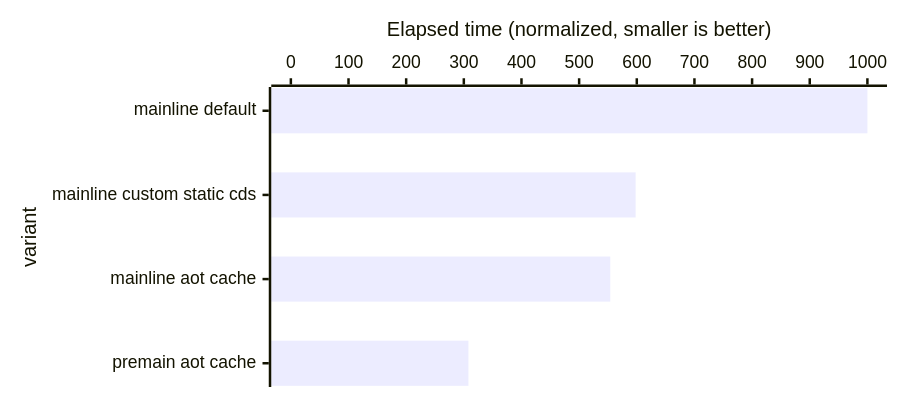
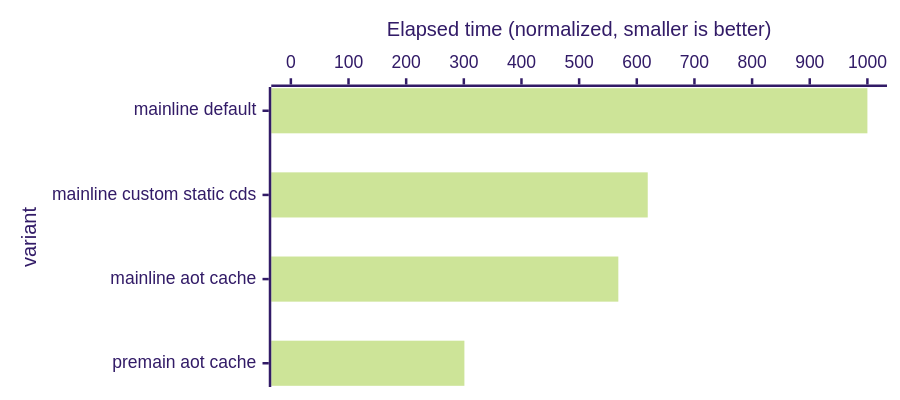
Before and after one commit to openjdk/leyden: the sixth of 6 diagrams in README.md, drawn with Mermaid. The commit also changed other lines of this file and 4 other files, not shown here.

````diff
--- a/README.md
+++ b/README.md
@@ -470,12 +475,13 @@
 ```mermaid
 ---
 config:
+    theme: "forest"
     xyChart:
         chartOrientation: horizontal
         height: 300
 ---
 xychart-beta
     x-axis "variant" ["mainline default", "mainline custom static cds", "mainline aot cache", "premain aot cache"]
     y-axis "Elapsed time (normalized, smaller is better)" 0 --> 1000
-    bar [1000, 598, 554, 308]
+    bar [1000, 619, 568, 301]
 ```
````
